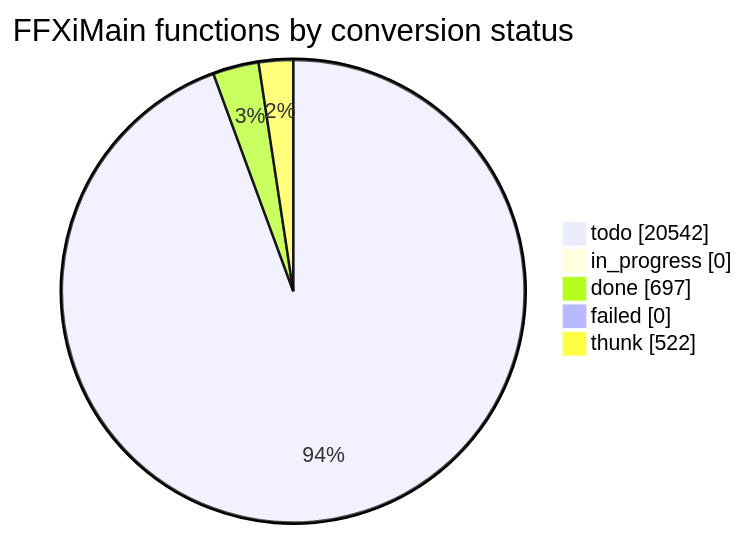
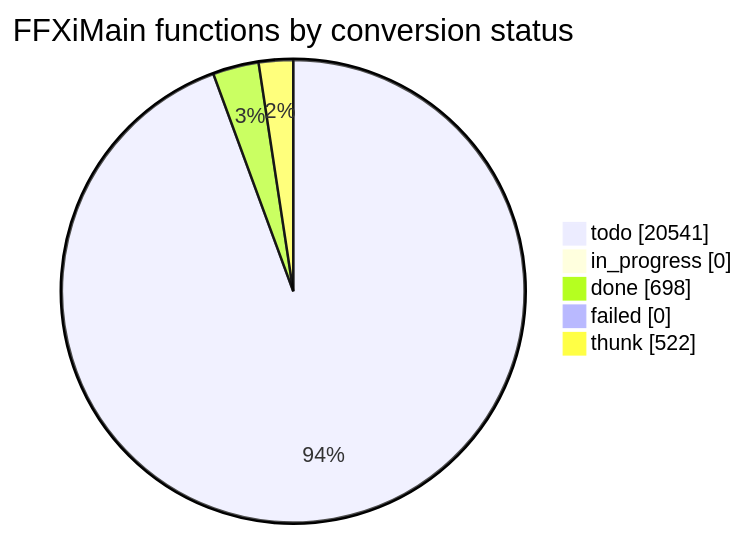
Before and after one commit to cowrevenge/cow_kuluu_xi_anything: the diagram in docs/cow/STATUS.md, drawn with Mermaid. The commit also changed other lines of this file and 9 other files, not shown here.

````diff
--- a/docs/cow/STATUS.md
+++ b/docs/cow/STATUS.md
@@ -18,9 +18,9 @@
 ```mermaid
 pie showData
     title FFXiMain functions by conversion status
-    "todo" : 20542
+    "todo" : 20541
     "in_progress" : 0
-    "done" : 697
+    "done" : 698
     "failed" : 0
     "thunk" : 522
 ```
````
